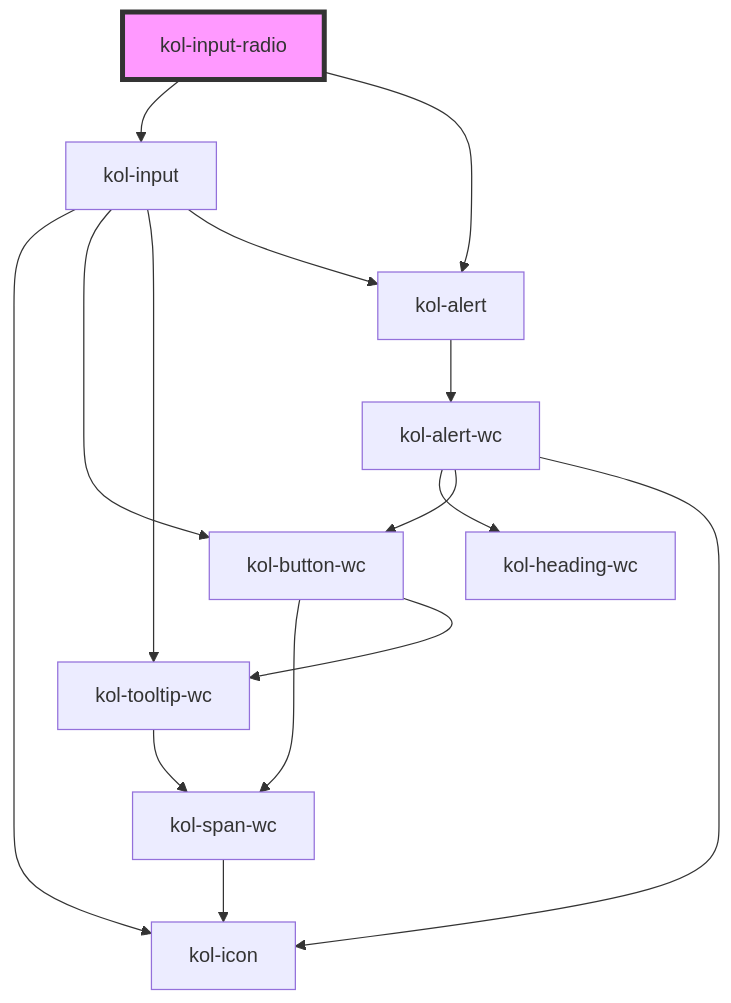
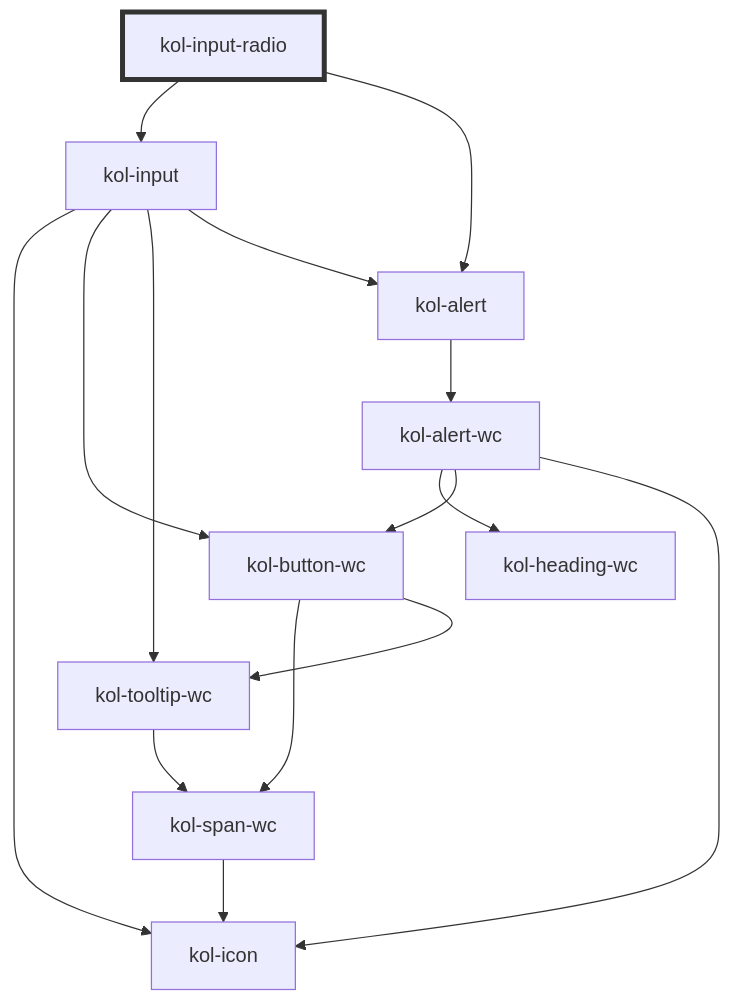
Before and after one commit to public-ui/kolibri: the diagram in packages/components/src/components/input-radio/readme.md, drawn with Mermaid. The commit also changed 40 other files, not shown here.

````diff
--- a/packages/components/src/components/input-radio/readme.md
+++ b/packages/components/src/components/input-radio/readme.md
@@ -123,18 +123,18 @@
 ```mermaid
 graph TD;
   kol-input-radio --> kol-input
   kol-input-radio --> kol-alert
   kol-input --> kol-icon
   kol-input --> kol-button-wc
   kol-input --> kol-tooltip-wc
   kol-input --> kol-alert
   kol-button-wc --> kol-span-wc
   kol-button-wc --> kol-tooltip-wc
   kol-span-wc --> kol-icon
   kol-tooltip-wc --> kol-span-wc
   kol-alert --> kol-alert-wc
   kol-alert-wc --> kol-heading-wc
   kol-alert-wc --> kol-button-wc
   kol-alert-wc --> kol-icon
-  style kol-input-radio fill:#f9f,stroke:#333,stroke-width:4px
+  style kol-input-radio stroke:#333,stroke-width:4px
 ```
````
